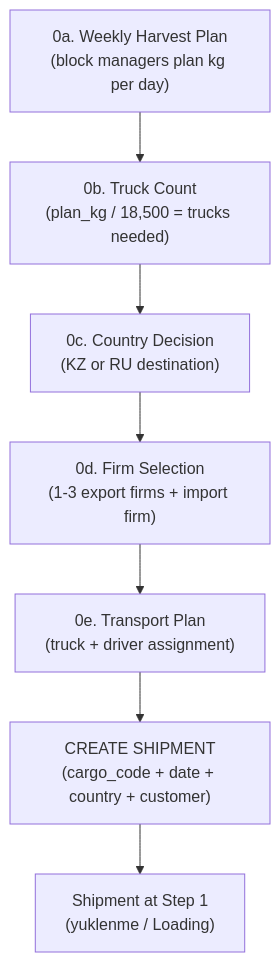
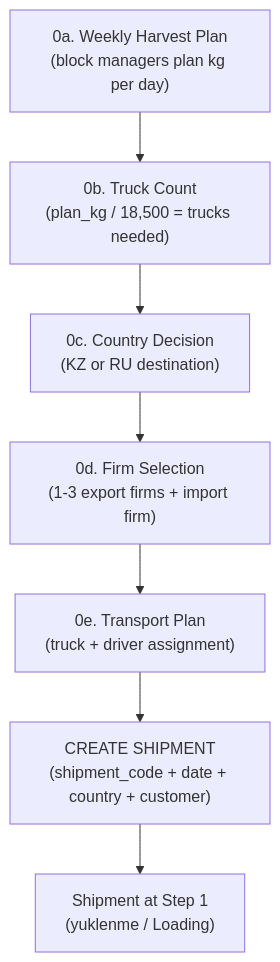
The diagram in docs/obsidian/processes/shipment-creation.md (Jasurbek99/yigit_platform), drawn with Mermaid before and after one commit. The commit also changed other lines of this file and 160 other files, not shown here.

````diff
--- a/docs/obsidian/processes/shipment-creation.md
+++ b/docs/obsidian/processes/shipment-creation.md
@@ -20,9 +20,9 @@
 ```mermaid
 flowchart TD
     A["0a. Weekly Harvest Plan\n(block managers plan kg per day)"] --> B["0b. Truck Count\n(plan_kg / 18,500 = trucks needed)"]
     B --> C["0c. Country Decision\n(KZ or RU destination)"]
     C --> D["0d. Firm Selection\n(1-3 export firms + import firm)"]
     D --> E["0e. Transport Plan\n(truck + driver assignment)"]
-    E --> F["CREATE SHIPMENT\n(cargo_code + date + country + customer)"]
+    E --> F["CREATE SHIPMENT\n(shipment_code + date + country + customer)"]
     F --> G["Shipment at Step 1\n(yuklenme / Loading)"]
 ```
````
